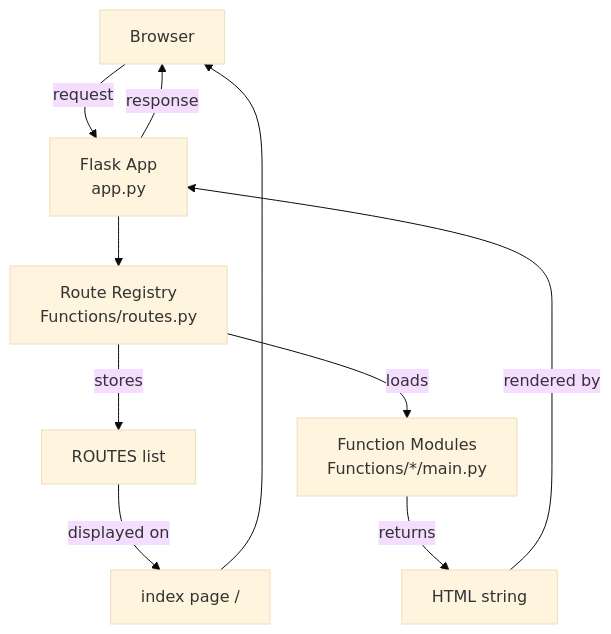
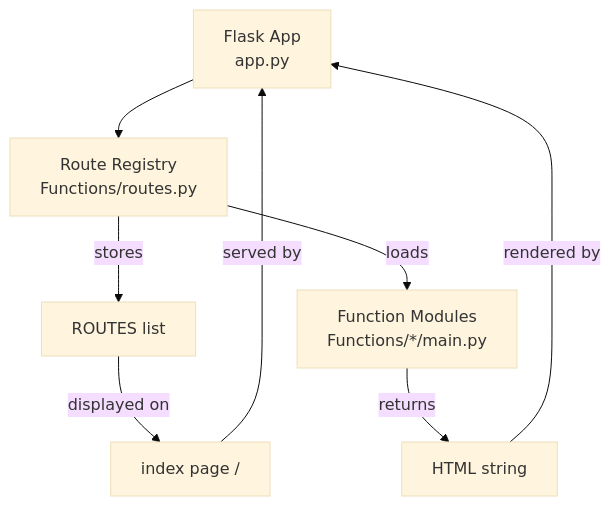
The diagram in README.md (AlphaSentra/alphasentra-functions), drawn with Mermaid (base theme) before and after one commit.

Commit message:
update-documentation-

````diff
--- a/README.md
+++ b/README.md
@@ -42,12 +42,16 @@
     ```mermaid
     flowchart TD
-        A[Browser] -->|request| B[Flask App<br>app.py]
-        B --> C[Route Registry<br>Functions/routes.py]
-        C -->|stores| D[ROUTES list]
-        C -->|loads| E[Function Modules<br>Functions/*/main.py]
-        E -->|returns| F[HTML string]
+        B[Flask App<br>app.py]
+        C[Route Registry<br>Functions/routes.py]
+        D[ROUTES list]
+        E[Function Modules<br>Functions/*/main.py]
+        F[HTML string]
+        G[index page /]
+        B --> C
+        C -->|stores| D
+        C -->|loads| E
+        E -->|returns| F
         F -->|rendered by| B
-        B -->|response| A
-        D -->|displayed on| G[index page /]
-        G --> A
+        D -->|displayed on| G
+        G -->|served by| B
     ```
````
